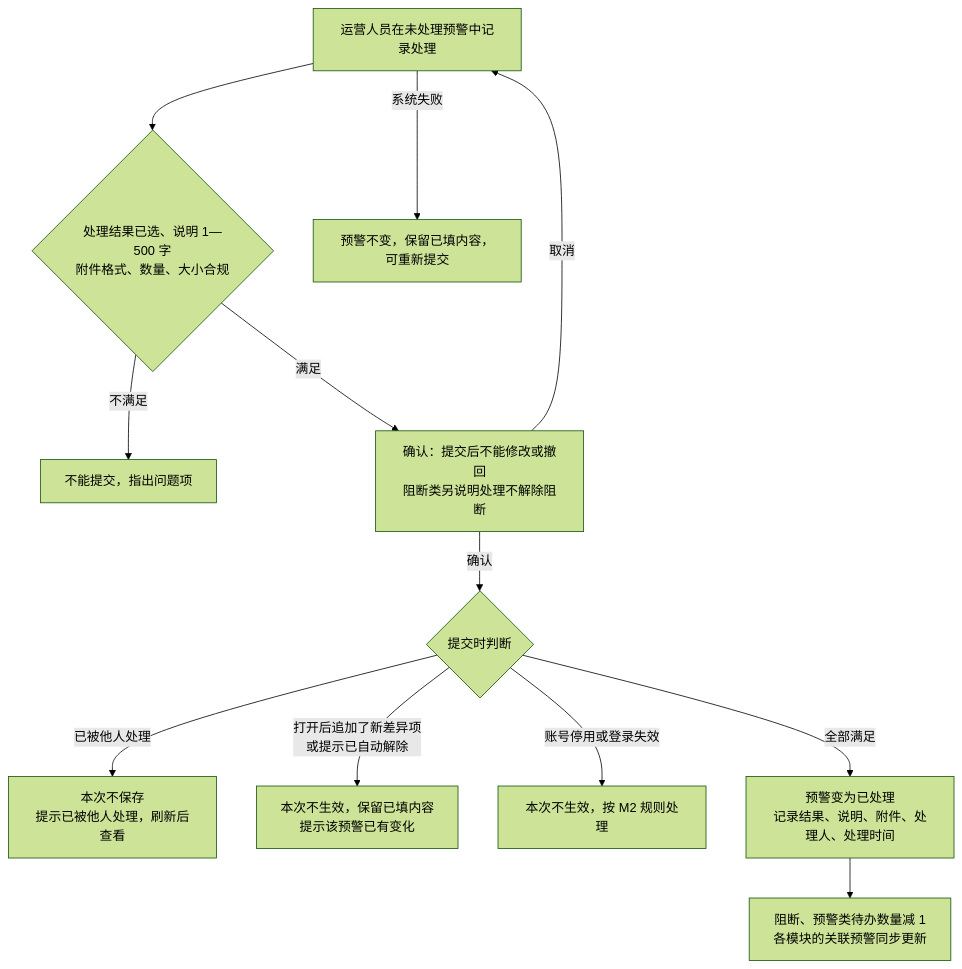
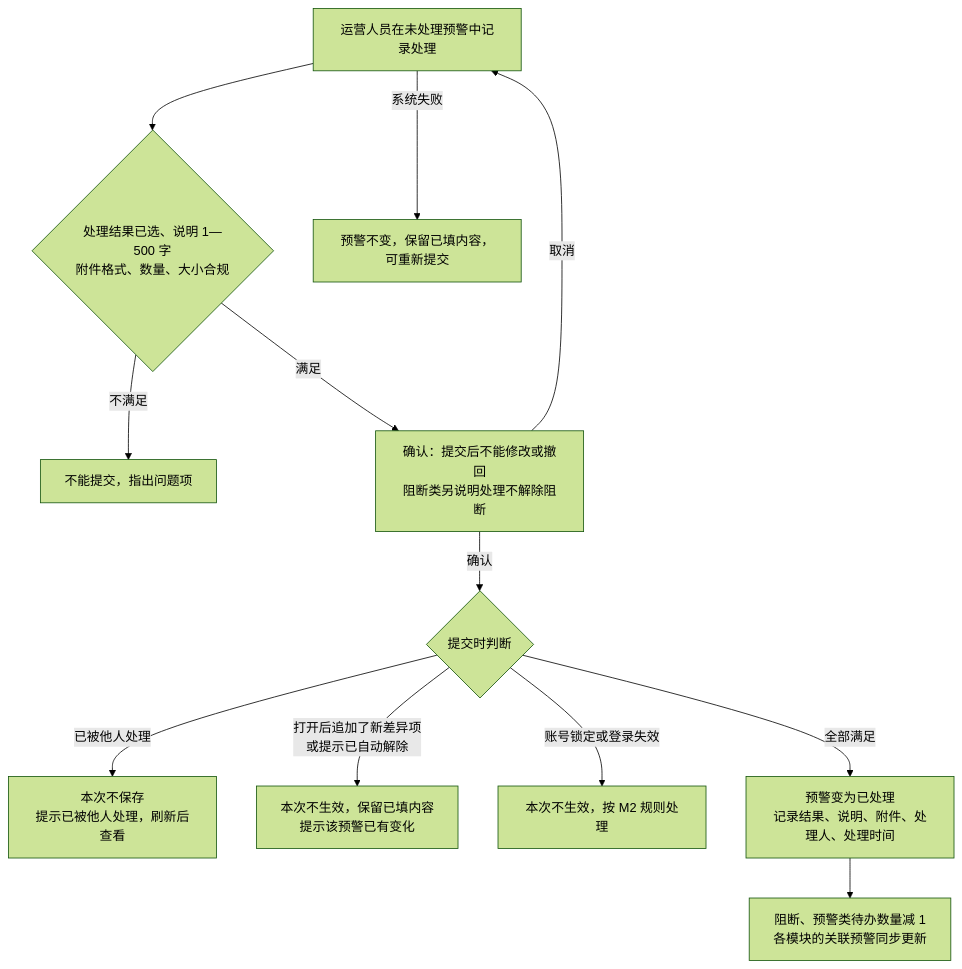
Before and after one commit to wxblockchain/Chain-Financing: the fourth of 7 diagrams in asset-trust-platform/PRD/运营端/M8-风控预警与三方数据源/02-风控预警与三方数据源-流程图与状态机.md, drawn with Mermaid (forest theme). The commit also changed other lines of this file and 4 other files, not shown here.

````diff
--- a/asset-trust-platform/PRD/运营端/M8-风控预警与三方数据源/02-风控预警与三方数据源-流程图与状态机.md
+++ b/asset-trust-platform/PRD/运营端/M8-风控预警与三方数据源/02-风控预警与三方数据源-流程图与状态机.md
@@ -72,14 +72,14 @@
 ```mermaid
 flowchart TD
     A[运营人员在未处理预警中记录处理] --> B{处理结果已选、说明 1—500 字<br/>附件格式、数量、大小合规}
     B -->|不满足| B1[不能提交，指出问题项]
     B -->|满足| C[确认：提交后不能修改或撤回<br/>阻断类另说明处理不解除阻断]
     C -->|取消| A
     C -->|确认| D{提交时判断}
     D -->|已被他人处理| D1[本次不保存<br/>提示已被他人处理，刷新后查看]
     D -->|打开后追加了新差异项<br/>或提示已自动解除| D2[本次不生效，保留已填内容<br/>提示该预警已有变化]
-    D -->|账号停用或登录失效| D3[本次不生效，按 M2 规则处理]
+    D -->|账号锁定或登录失效| D3[本次不生效，按 M2 规则处理]
     D -->|全部满足| E[预警变为已处理<br/>记录结果、说明、附件、处理人、处理时间]
     E --> F[阻断、预警类待办数量减 1<br/>各模块的关联预警同步更新]
     A -->|系统失败| G[预警不变，保留已填内容，可重新提交]
 ```
````
